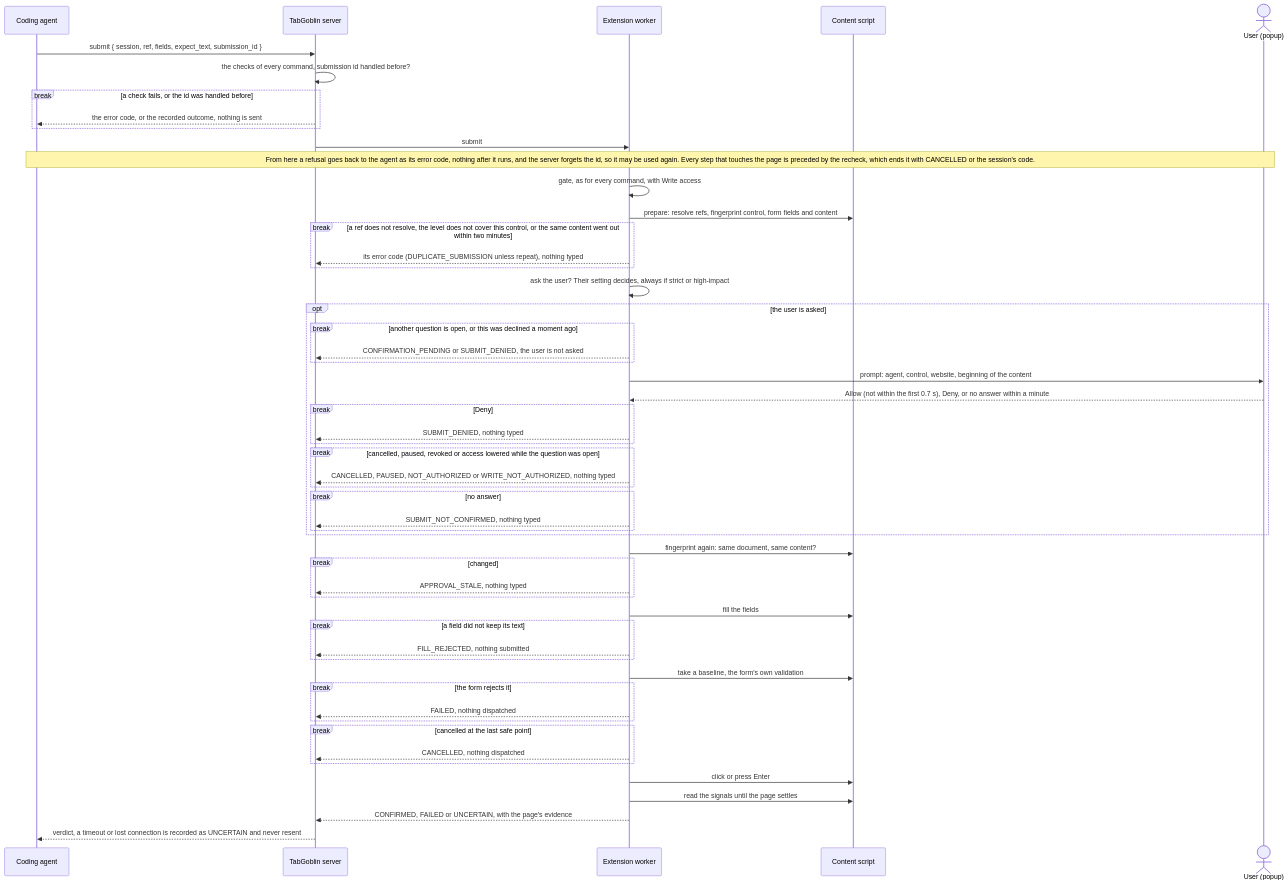
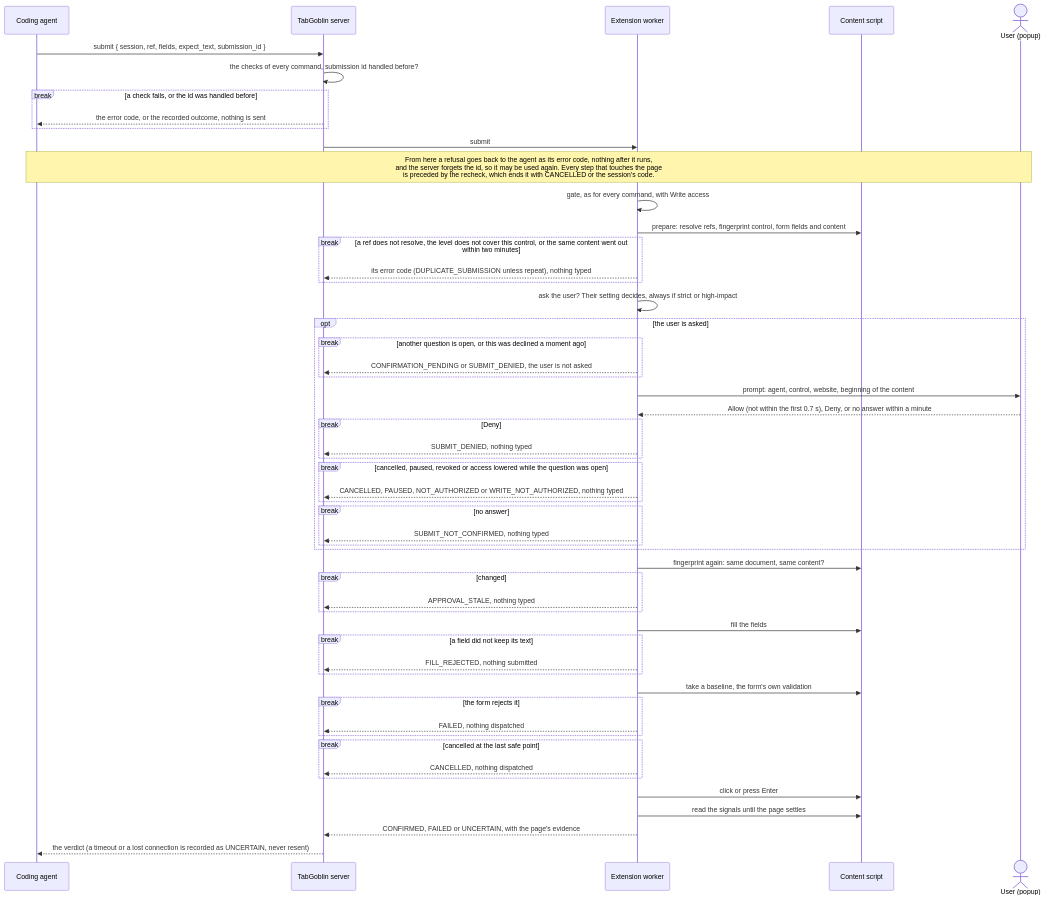
The fifth of 8 diagrams in docs/architecture.md (LaughingManCommits/TabGoblin), drawn with Mermaid before and after one commit. The commit also changed other lines of this file and 11 other files, not shown here.

First line of the commit message:
Align the diagrams: even legends, labels clear of borders, notes that fit

````diff
--- a/docs/architecture.md
+++ b/docs/architecture.md
@@ -373,56 +373,56 @@
 ```mermaid
 sequenceDiagram
   participant A as Coding agent
   participant S as TabGoblin server
   participant B as Extension worker
   participant P as Content script
   actor U as User (popup)
   A->>S: submit { session, ref, fields, expect_text, submission_id }
   S->>S: the checks of every command, submission id handled before?
   break a check fails, or the id was handled before
     S-->>A: the error code, or the recorded outcome, nothing is sent
   end
   S->>B: submit
-  Note over A,U: From here a refusal goes back to the agent as its error code, nothing after it runs, and the server forgets the id, so it may be used again. Every step that touches the page is preceded by the recheck, which ends it with CANCELLED or the session's code.
+  Note over A,U: From here a refusal goes back to the agent as its error code, nothing after it runs,<br/>and the server forgets the id, so it may be used again. Every step that touches the page<br/>is preceded by the recheck, which ends it with CANCELLED or the session's code.
   B->>B: gate, as for every command, with Write access
   B->>P: prepare: resolve refs, fingerprint control, form fields and content
   break a ref does not resolve, the level does not cover this control, or the same content went out within two minutes
     B-->>S: its error code (DUPLICATE_SUBMISSION unless repeat), nothing typed
   end
   B->>B: ask the user? Their setting decides, always if strict or high-impact
   opt the user is asked
     break another question is open, or this was declined a moment ago
       B-->>S: CONFIRMATION_PENDING or SUBMIT_DENIED, the user is not asked
     end
     B->>U: prompt: agent, control, website, beginning of the content
     U-->>B: Allow (not within the first 0.7 s), Deny, or no answer within a minute
     break Deny
       B-->>S: SUBMIT_DENIED, nothing typed
     end
     break cancelled, paused, revoked or access lowered while the question was open
       B-->>S: CANCELLED, PAUSED, NOT_AUTHORIZED or WRITE_NOT_AUTHORIZED, nothing typed
     end
     break no answer
       B-->>S: SUBMIT_NOT_CONFIRMED, nothing typed
     end
   end
   B->>P: fingerprint again: same document, same content?
   break changed
     B-->>S: APPROVAL_STALE, nothing typed
   end
   B->>P: fill the fields
   break a field did not keep its text
     B-->>S: FILL_REJECTED, nothing submitted
   end
   B->>P: take a baseline, the form's own validation
   break the form rejects it
     B-->>S: FAILED, nothing dispatched
   end
   break cancelled at the last safe point
     B-->>S: CANCELLED, nothing dispatched
   end
   B->>P: click or press Enter
   B->>P: read the signals until the page settles
   B-->>S: CONFIRMED, FAILED or UNCERTAIN, with the page's evidence
-  S-->>A: verdict, a timeout or lost connection is recorded as UNCERTAIN and never resent
+  S-->>A: the verdict (a timeout or a lost connection is recorded as UNCERTAIN, never resent)
 ```
````
